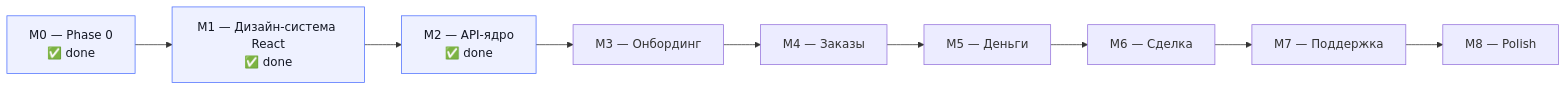
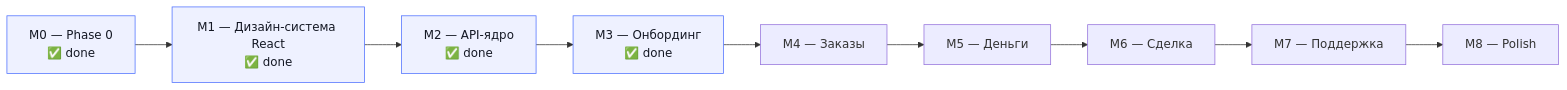
The diagram in docs/10-status.md (koishybek/zovu), drawn with Mermaid before and after one commit. The commit also changed other lines of this file and 26 other files, not shown here.

````diff
--- a/docs/10-status.md
+++ b/docs/10-status.md
@@ -27,14 +27,15 @@
 ```mermaid
 flowchart LR
     M0["M0 — Phase 0<br/>✅ done"] --> M1["M1 — Дизайн-система React<br/>✅ done"]
     M1 --> M2["M2 — API-ядро<br/>✅ done"]
-    M2 --> M3["M3 — Онбординг"]
+    M2 --> M3["M3 — Онбординг<br/>✅ done"]
     M3 --> M4["M4 — Заказы"]
     M4 --> M5["M5 — Деньги"]
     M5 --> M6["M6 — Сделка"]
     M6 --> M7["M7 — Поддержка"]
     M7 --> M8["M8 — Polish"]
     style M0 fill:#EEF1FF,stroke:#4C6FFF,color:#141824
     style M1 fill:#EEF1FF,stroke:#4C6FFF,color:#141824
     style M2 fill:#EEF1FF,stroke:#4C6FFF,color:#141824
+    style M3 fill:#EEF1FF,stroke:#4C6FFF,color:#141824
 ```
````
